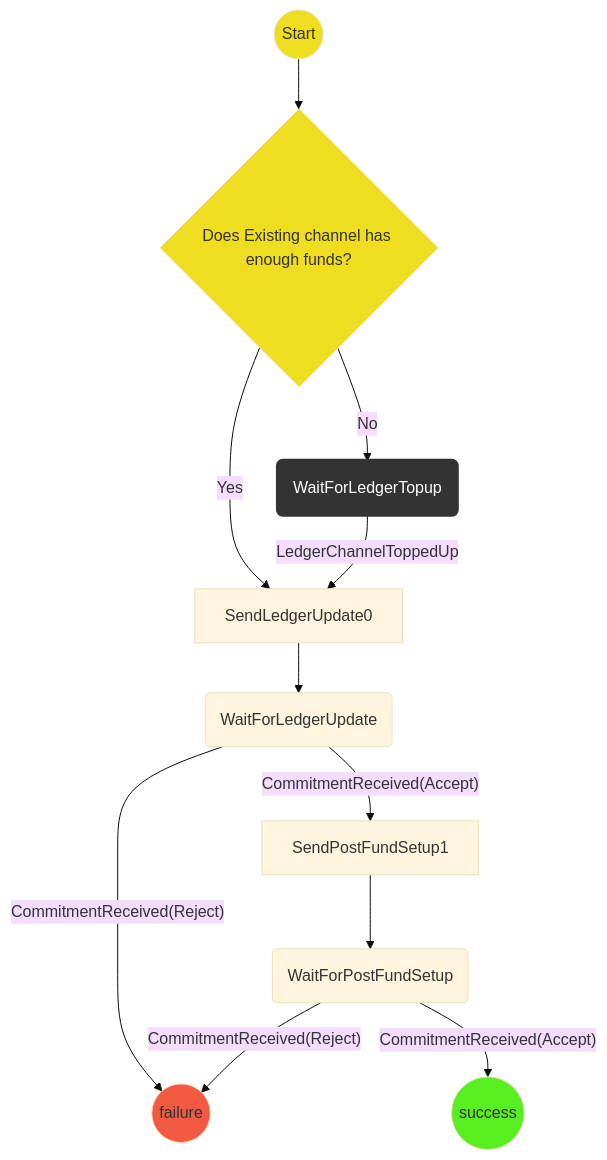
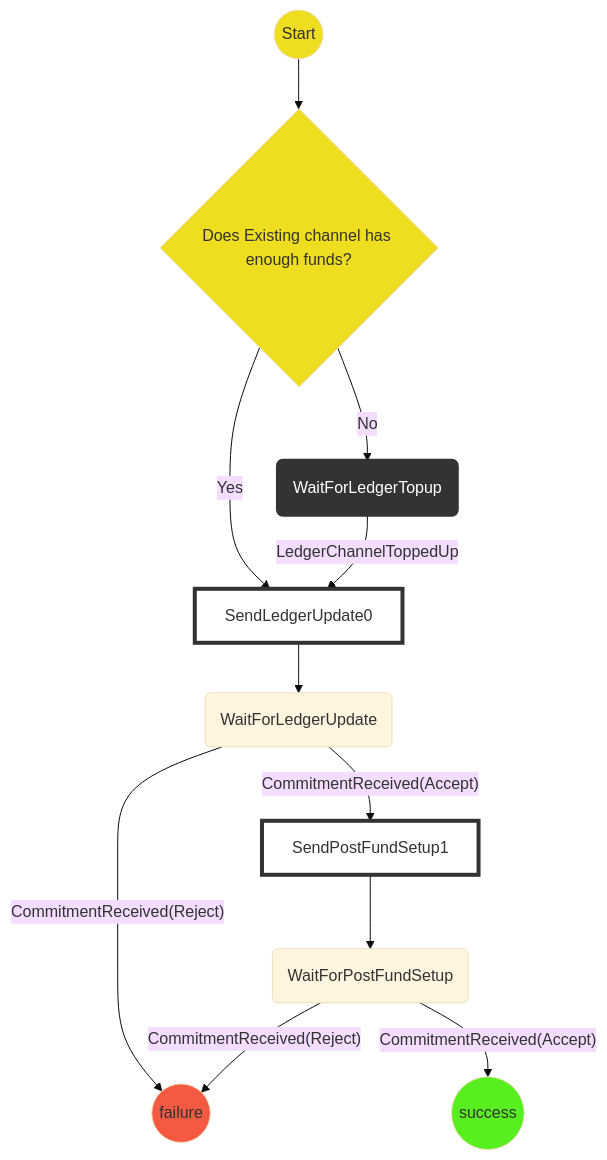
Before and after one commit to statechannels/statechannels: the first of 2 diagrams in packages/wallet/packages/wallet/src/redux/protocols/existing-ledger-funding/readme.md, drawn with Mermaid (base theme). The commit also changed other lines of this file and 12 other files, not shown here.

````diff
--- a/packages/wallet/packages/wallet/src/redux/protocols/existing-ledger-funding/readme.md
+++ b/packages/wallet/packages/wallet/src/redux/protocols/existing-ledger-funding/readme.md
@@ -15,22 +15,24 @@
 ```mermaid
   graph TD
   linkStyle default interpolate basis
   St((Start))-->L
   L{Does Player channel have enough funds?}-->|No|LT(WaitForLedgerTopup)
   L{Does Existing channel has enough funds?}-->|Yes|SC0[SendLedgerUpdate0]
   LT-->|LedgerChannelToppedUp|SC0[SendLedgerUpdate0]
   SC0-->WC(WaitForLedgerUpdate)
   WC-->|"CommitmentReceived(Reject)"|F((failure))
   WC-->|"CommitmentReceived(Accept)"|SP0[SendPostFundSetup1]
   SP0-->WP(WaitForPostFundSetup)
   WP-->|"CommitmentReceived(Reject)"|F((failure))
   WP-->|"CommitmentReceived(Accept)"|Su((success))
   classDef logic fill:#efdd20;
   classDef Success fill:#58ef21;
   classDef Failure fill:#f45941;
   classDef WaitForChildProtocol stroke:#333,stroke-width:4px,color:#ffff,fill:#333;
+  classDef NotAState stroke:#333,stroke-width:4px,fill:#0000;
   class St,L logic;
   class Su Success;
   class F Failure;
   class LT WaitForChildProtocol;
+  class SC0,SP0 NotAState
 ```
````
